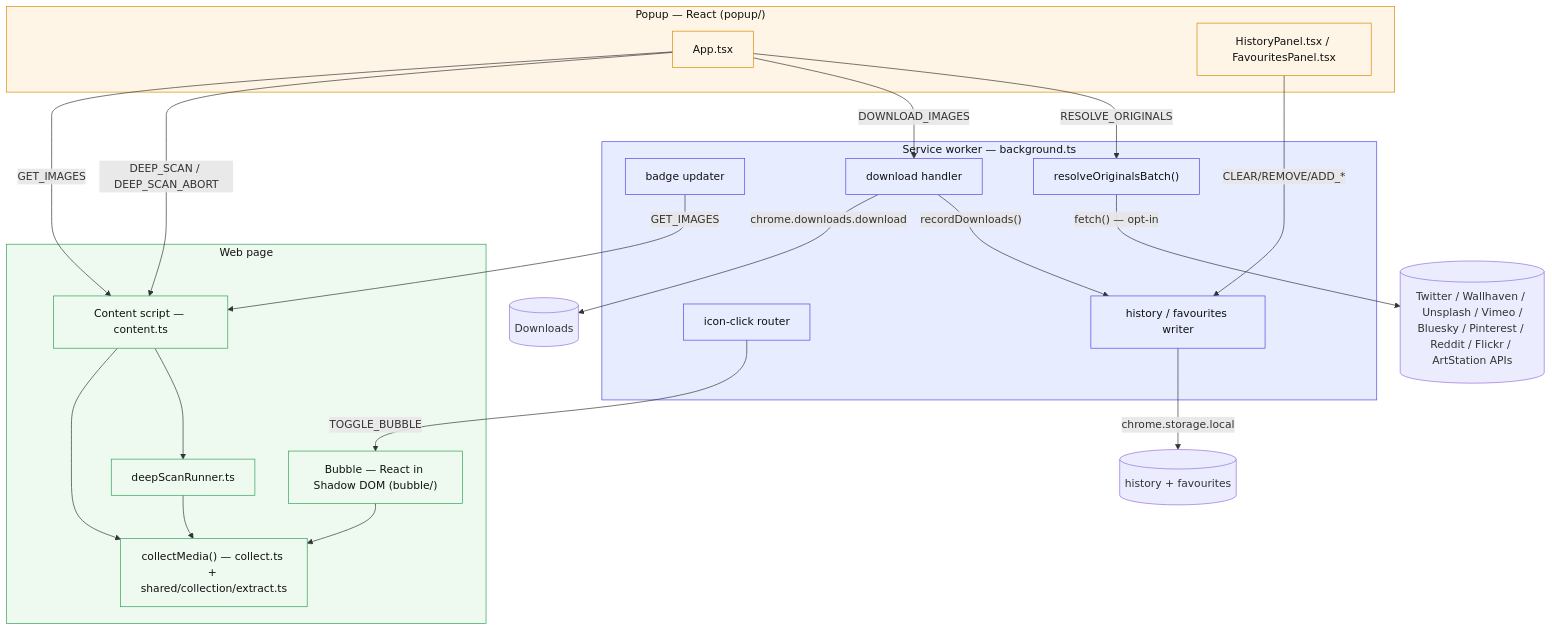
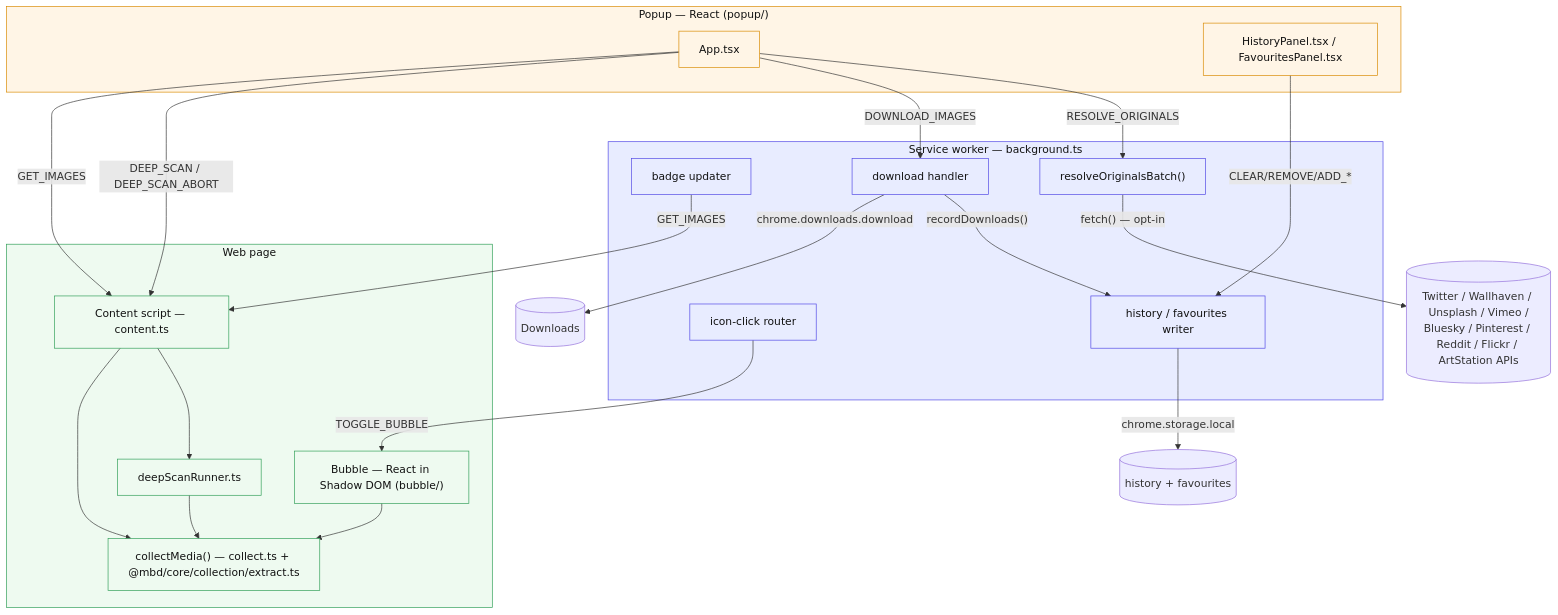
The diagram in docs/guides/architecture.md (mralaminahamed/media-bulk-downloads), drawn with Mermaid before and after one commit. The commit also changed other lines of this file and 8 other files, not shown here.

````diff
--- a/docs/guides/architecture.md
+++ b/docs/guides/architecture.md
@@ -9,45 +23,45 @@
 ```mermaid
 flowchart TB
   subgraph SW["Service worker — background.ts"]
     BADGE["badge updater"]
     DL["download handler"]
     ICON["icon-click router"]
     HIST["history / favourites writer"]
     RES["resolveOriginalsBatch()"]
   end
 
   subgraph POP["Popup — React (popup/)"]
     APP1["App.tsx"]
     HP["HistoryPanel.tsx / FavouritesPanel.tsx"]
   end
 
   subgraph PAGE["Web page"]
     CS["Content script — content.ts"]
-    COL["collectMedia() — collect.ts + shared/collection/extract.ts"]
+    COL["collectMedia() — collect.ts + @mbd/core/collection/extract.ts"]
     DS["deepScanRunner.ts"]
     BUB["Bubble — React in Shadow DOM (bubble/)"]
   end
 
   APP1 -- GET_IMAGES --> CS
   APP1 -- DEEP_SCAN / DEEP_SCAN_ABORT --> CS
   APP1 -- DOWNLOAD_IMAGES --> DL
   APP1 -- RESOLVE_ORIGINALS --> RES
   HP -- "CLEAR/REMOVE/ADD_*" --> HIST
   CS --> COL
   CS --> DS
   DS --> COL
   ICON -- TOGGLE_BUBBLE --> BUB
   BUB --> COL
   BADGE -- GET_IMAGES --> CS
   DL -- chrome.downloads.download --> DISK[("Downloads")]
   DL -- recordDownloads() --> HIST
   HIST -- chrome.storage.local --> STORE[("history + favourites")]
   RES -- "fetch() — opt-in" --> EXT[("Twitter / Wallhaven / Unsplash / Vimeo /<br/>Bluesky / Pinterest / Reddit / Flickr / ArtStation APIs")]
 
   classDef sw fill:#e8ecff,stroke:#4f46e5,color:#111;
   classDef pop fill:#fff5e6,stroke:#d98a00,color:#111;
   classDef page fill:#eefaf0,stroke:#2f9e57,color:#111;
   class SW,BADGE,DL,ICON,HIST,RES sw;
   class POP,APP1,HP pop;
   class PAGE,CS,COL,DS,BUB page;
 ```
````
